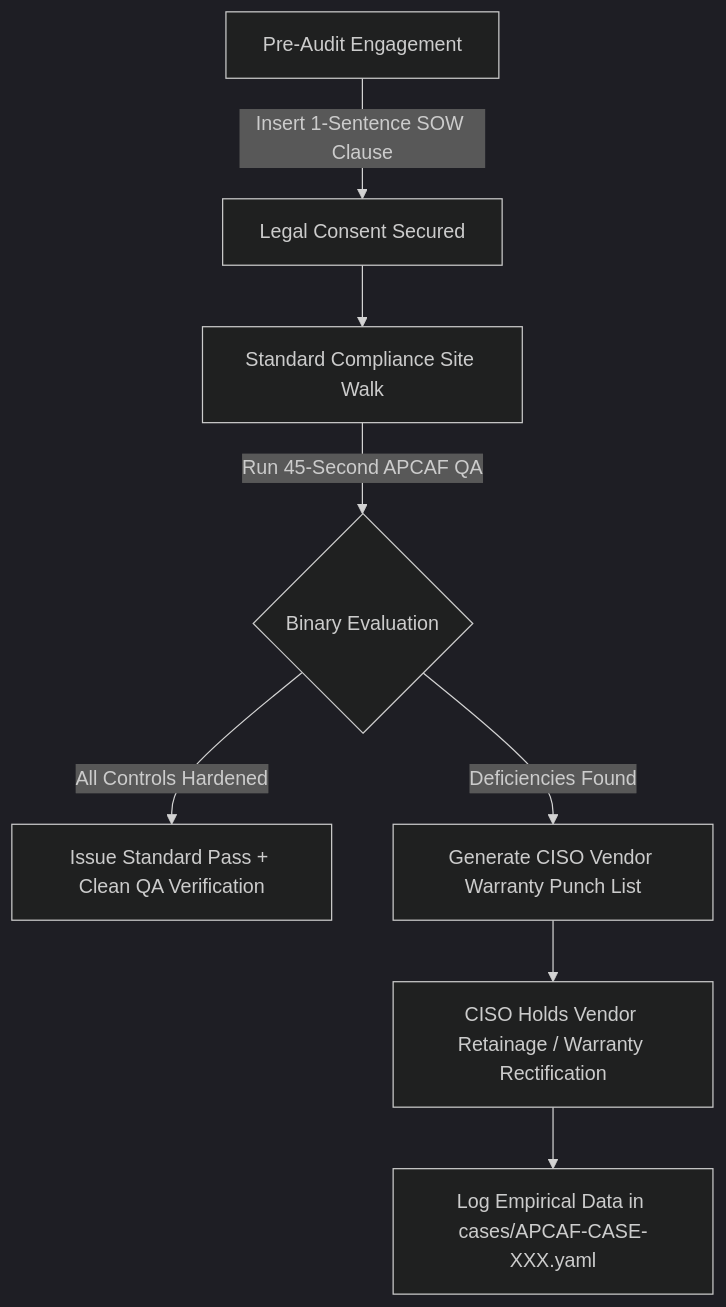
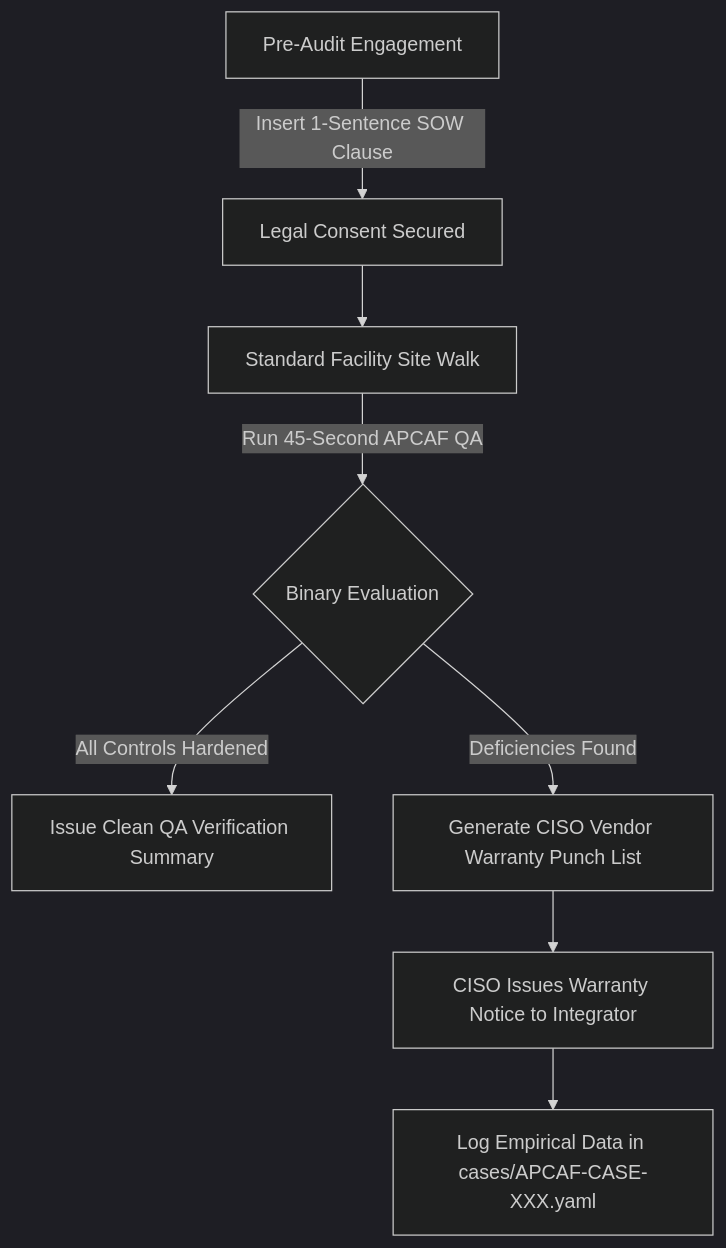
The diagram in VENDOR_QA_SCORECARD.md (zoecyber001/APCAF), drawn with Mermaid (dark theme) before and after one commit. The commit also changed other lines of this file and 9 other files, not shown here.

Commit message:
fix(integrity): execute repository-wide consistency pass, calibrate T1001/T1004, fix field-triage unassessed filtering & provenance schema

````diff
--- a/VENDOR_QA_SCORECARD.md
+++ b/VENDOR_QA_SCORECARD.md
@@ -128,10 +128,10 @@
 ```mermaid
 graph TD
     A[Pre-Audit Engagement] -->|Insert 1-Sentence SOW Clause| B[Legal Consent Secured]
-    B --> C[Standard Compliance Site Walk]
+    B --> C[Standard Facility Site Walk]
     C -->|Run 45-Second APCAF QA| D{Binary Evaluation}
-    D -->|All Controls Hardened| E[Issue Standard Pass + Clean QA Verification]
+    D -->|All Controls Hardened| E[Issue Clean QA Verification Summary]
     D -->|Deficiencies Found| F[Generate CISO Vendor Warranty Punch List]
-    F --> G[CISO Holds Vendor Retainage / Warranty Rectification]
+    F --> G[CISO Issues Warranty Notice to Integrator]
     G --> H[Log Empirical Data in cases/APCAF-CASE-XXX.yaml]
 ```
````
